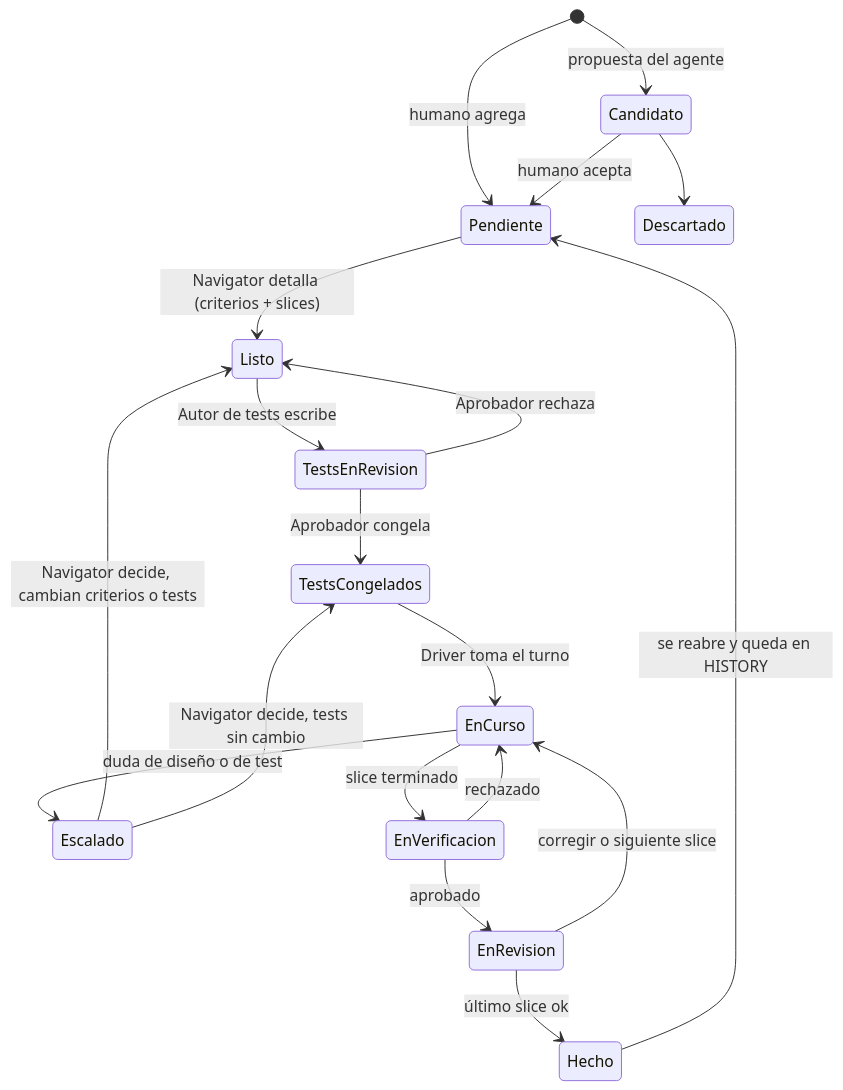
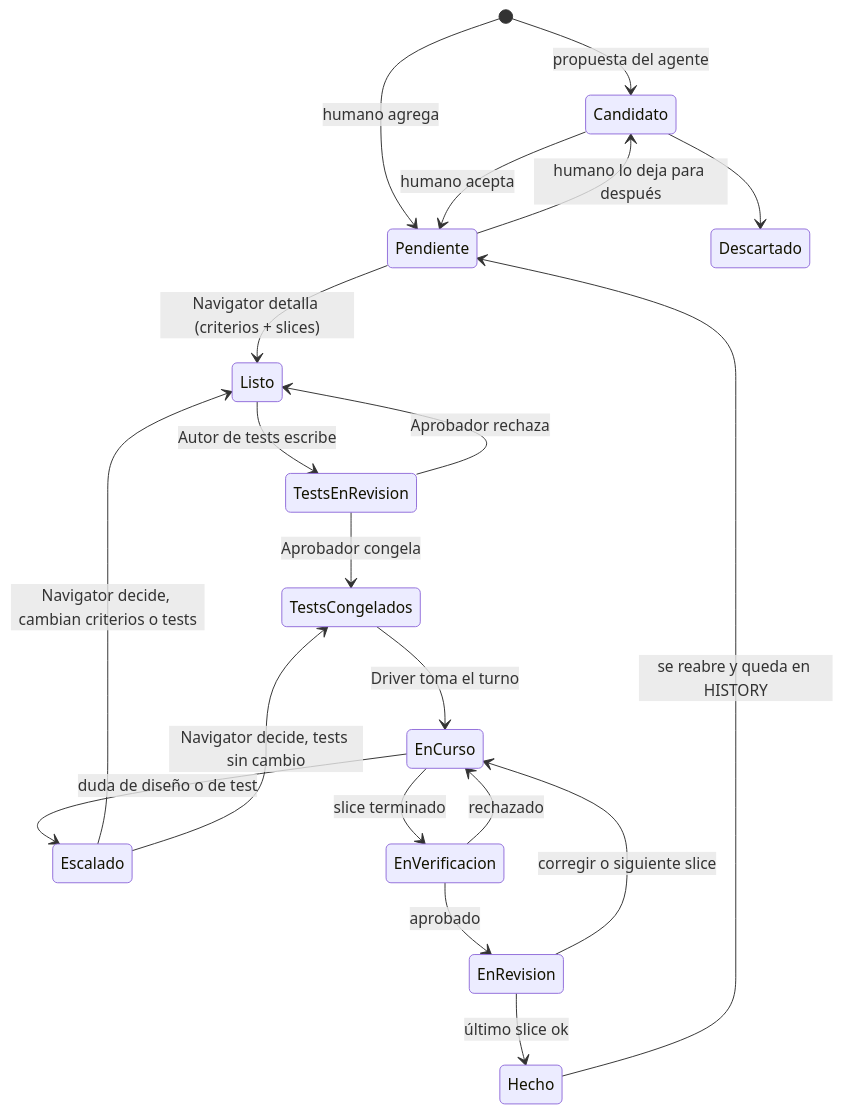
One commit to Zartaroth/baton changed the first of 3 diagrams in METODOLOGIA.md. Above: the diagram before and after it, drawn with Mermaid. The commit also changed other lines of this file and 6 other files, not shown here.

First line of the commit message:
Decisiones del piloto: primer congelado, Pendiente→Candidato, autor que duda y apertura de módulo

````diff
--- a/METODOLOGIA.md
+++ b/METODOLOGIA.md
@@ -273,21 +275,22 @@
 ```mermaid
 stateDiagram-v2
     [*] --> Candidato: propuesta del agente
     [*] --> Pendiente: humano agrega
     Candidato --> Pendiente: humano acepta
     Candidato --> Descartado
+    Pendiente --> Candidato: humano lo deja para después
     Pendiente --> Listo: Navigator detalla (criterios + slices)
     Listo --> TestsEnRevision: Autor de tests escribe
     TestsEnRevision --> Listo: Aprobador rechaza
     TestsEnRevision --> TestsCongelados: Aprobador congela
     TestsCongelados --> EnCurso: Driver toma el turno
     EnCurso --> Escalado: duda de diseño o de test
     Escalado --> Listo: Navigator decide, cambian criterios o tests
     Escalado --> TestsCongelados: Navigator decide, tests sin cambio
     EnCurso --> EnVerificacion: slice terminado
     EnVerificacion --> EnCurso: rechazado
     EnVerificacion --> EnRevision: aprobado
     EnRevision --> EnCurso: corregir o siguiente slice
     EnRevision --> Hecho: último slice ok
     Hecho --> Pendiente: se reabre y queda en HISTORY
 ```
````
